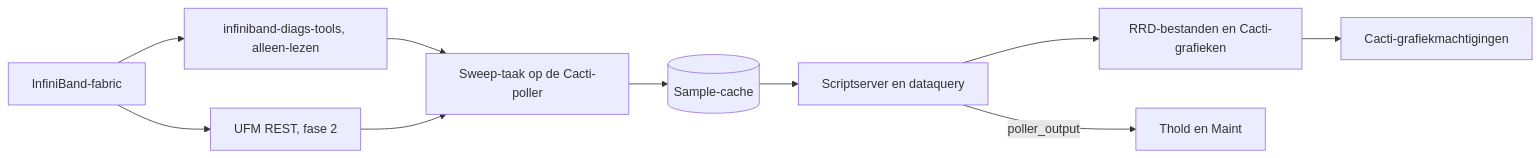
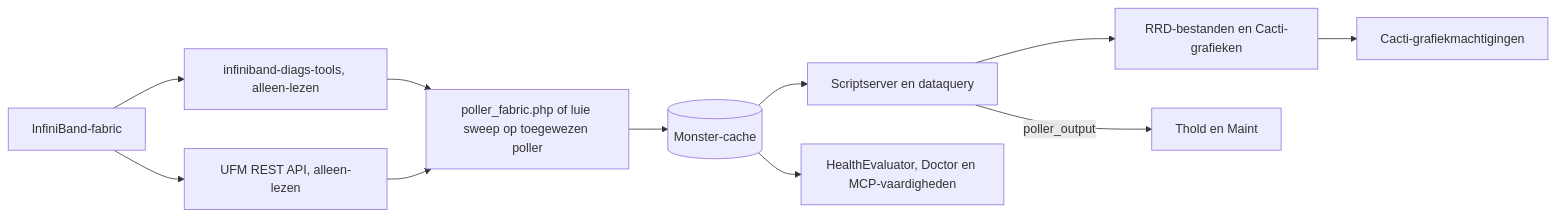
The diagram in docs/i18n/nl-NL/README.md (somethingwithproof/plugin_fabric), drawn with Mermaid before and after one commit. The commit also changed other lines of this file and 48 other files, not shown here.

````diff
--- a/docs/i18n/nl-NL/README.md
+++ b/docs/i18n/nl-NL/README.md
@@ -92,12 +132,13 @@
 ```mermaid
 flowchart LR
     F[InfiniBand-fabric] --> T[infiniband-diags-tools, alleen-lezen]
-    F --> U[UFM REST, fase 2]
-    T --> S[Sweep-taak op de Cacti-poller]
+    F --> U[UFM REST API, alleen-lezen]
+    T --> S[poller_fabric.php of luie sweep op toegewezen poller]
     U --> S
-    S --> C[(Sample-cache)]
+    S --> C[(Monster-cache)]
     C --> SS[Scriptserver en dataquery]
     SS --> R[RRD-bestanden en Cacti-grafieken]
     SS -->|poller_output| TH[Thold en Maint]
+    C --> H[HealthEvaluator, Doctor en MCP-vaardigheden]
     R --> P[Cacti-grafiekmachtigingen]
 ```
````
